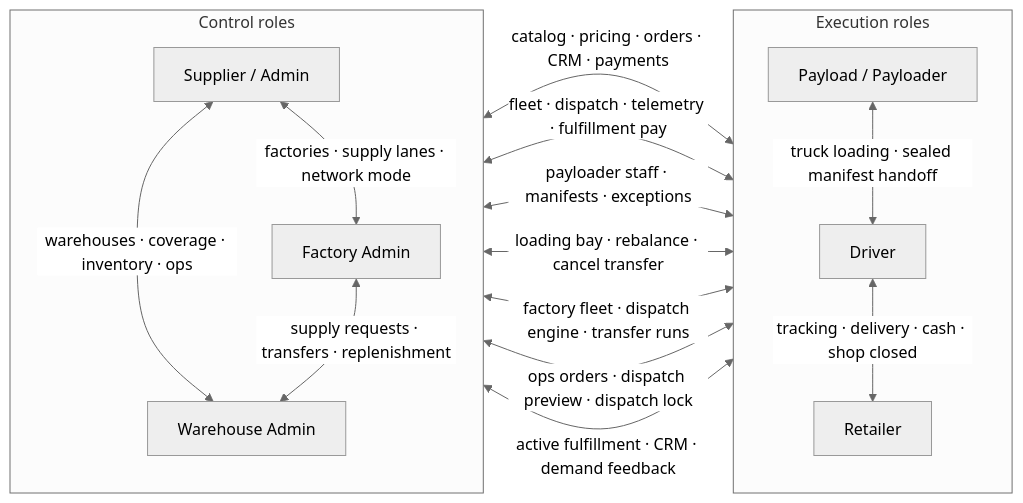
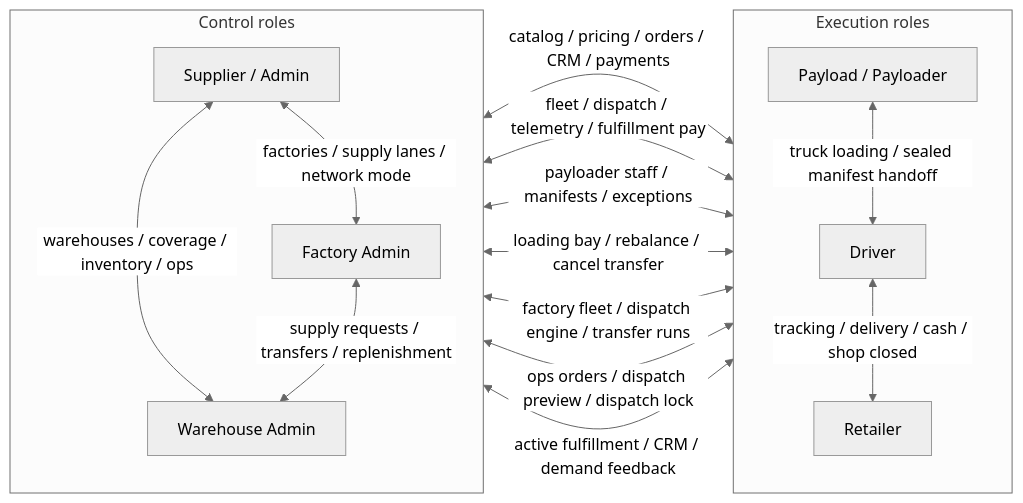
Before and after one commit to CYBERSTALKER07/ATOMOS: the diagram in pegasus/assets/diagrams/pegasus-role-relations.mmd, drawn with Mermaid (neutral theme). The commit also changed 12 other files, not shown here.

```diff
--- a/pegasus/assets/diagrams/pegasus-role-relations.mmd
+++ b/pegasus/assets/diagrams/pegasus-role-relations.mmd
@@ -1,31 +1,31 @@
 flowchart LR
 
 subgraph CONTROL[Control roles]
     direction TB
     SUP[Supplier / Admin]
     FAC[Factory Admin]
     WH[Warehouse Admin]
 end
 
 subgraph EXECUTION[Execution roles]
     direction TB
     PAY[Payload / Payloader]
     DRV[Driver]
     RET[Retailer]
 end
 
-SUP <--> |catalog · pricing · orders · CRM · payments| RET
-SUP <--> |fleet · dispatch · telemetry · fulfillment pay| DRV
-SUP <--> |payloader staff · manifests · exceptions| PAY
-SUP <--> |factories · supply lanes · network mode| FAC
-SUP <--> |warehouses · coverage · inventory · ops| WH
+SUP <--> |catalog / pricing / orders / CRM / payments| RET
+SUP <--> |fleet / dispatch / telemetry / fulfillment pay| DRV
+SUP <--> |payloader staff / manifests / exceptions| PAY
+SUP <--> |factories / supply lanes / network mode| FAC
+SUP <--> |warehouses / coverage / inventory / ops| WH
 
-FAC <--> |supply requests · transfers · replenishment| WH
-FAC <--> |loading bay · rebalance · cancel transfer| PAY
-FAC <--> |factory fleet · dispatch engine · transfer runs| DRV
+FAC <--> |supply requests / transfers / replenishment| WH
+FAC <--> |loading bay / rebalance / cancel transfer| PAY
+FAC <--> |factory fleet / dispatch engine / transfer runs| DRV
 
-WH <--> |ops orders · dispatch preview · dispatch lock| DRV
-WH <--> |active fulfillment · CRM · demand feedback| RET
+WH <--> |ops orders / dispatch preview / dispatch lock| DRV
+WH <--> |active fulfillment / CRM / demand feedback| RET
 
-PAY <--> |truck loading · sealed manifest handoff| DRV
-DRV <--> |tracking · delivery · cash · shop closed| RET
+PAY <--> |truck loading / sealed manifest handoff| DRV
+DRV <--> |tracking / delivery / cash / shop closed| RET
```
